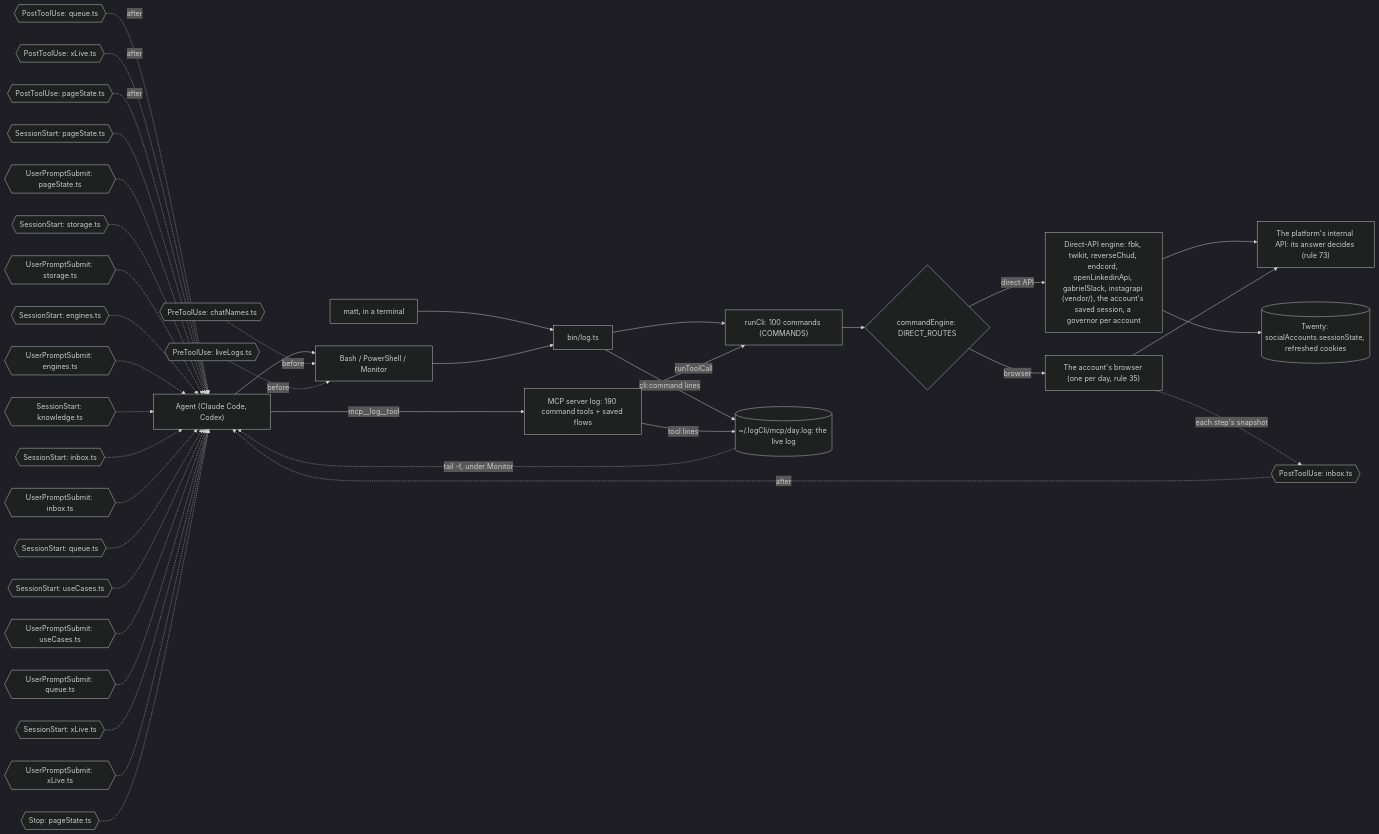
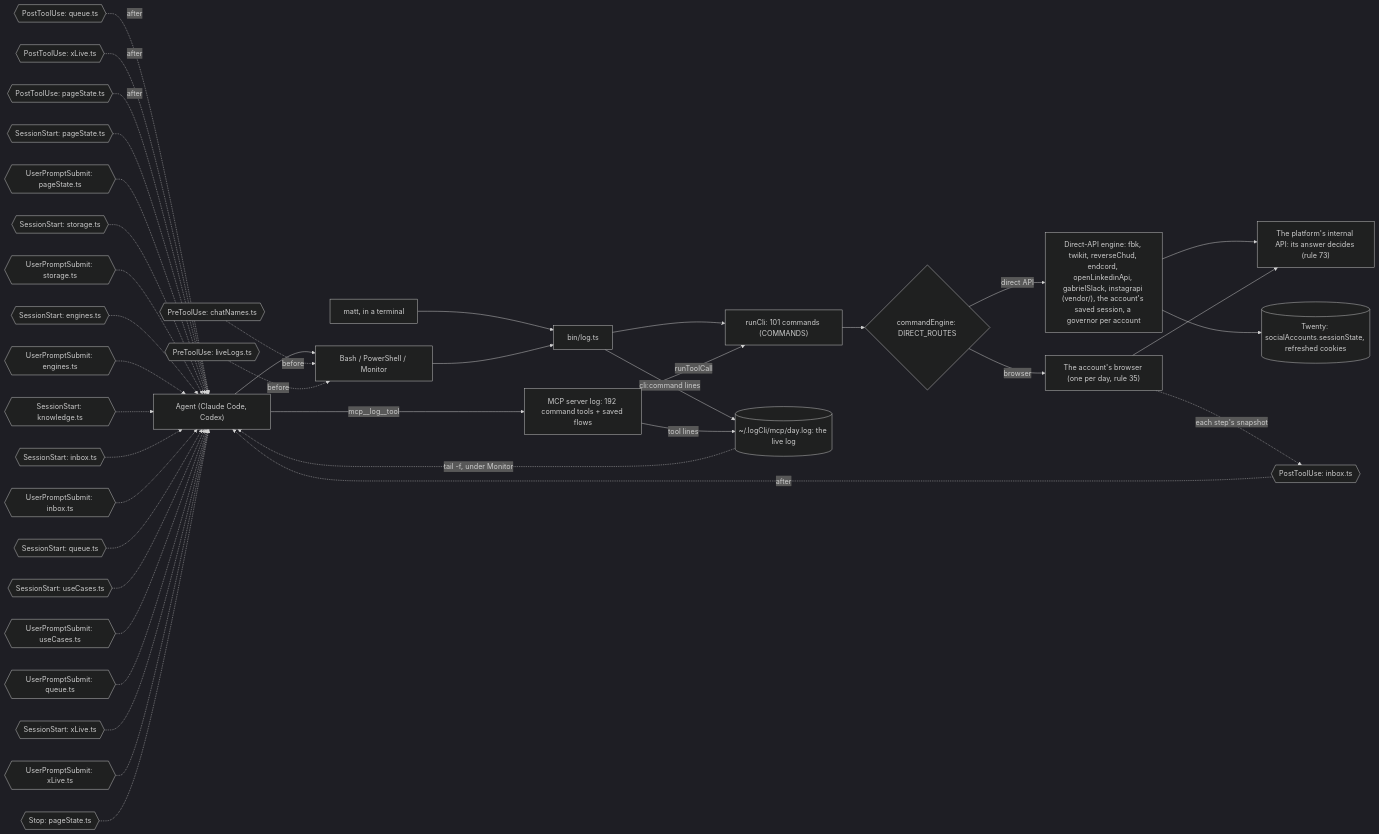
One commit to matthewdonsemail-lab/log changed the third of 6 diagrams in docs/reference.md. Above: the diagram before and after it, drawn with Mermaid (dark theme). The commit also changed other lines of this file and 70 other files, not shown here.

````diff
--- a/docs/reference.md
+++ b/docs/reference.md
@@ -191,53 +191,53 @@
 ```mermaid
 flowchart LR
   agent["Agent (Claude Code, Codex)"]
   matt["matt, in a terminal"]
   shell["Bash / PowerShell / Monitor"]
-  mcp["MCP server log: 190 command tools + saved flows"]
+  mcp["MCP server log: 192 command tools + saved flows"]
   bin["bin/log.ts"]
-  runCli["runCli: 100 commands (COMMANDS)"]
+  runCli["runCli: 101 commands (COMMANDS)"]
   live[("~/.logCli/mcp/day.log: the live log")]
   engine{"commandEngine: DIRECT_ROUTES"}
   direct["Direct-API engine: fbk, twikit, reverseChud, endcord, openLinkedinApi, gabrielSlack, instagrapi (vendor/), the account's saved session, a governor per account"]
   browser["The account's browser (one per day, rule 35)"]
   api["The platform's internal API: its answer decides (rule 73)"]
   twenty[("Twenty: socialAccounts.sessionState, refreshed cookies")]
   agent --> shell
   matt --> bin
   shell --> bin
   agent -->|mcp__log__tool| mcp
   bin --> runCli
   mcp -->|runToolCall| runCli
   runCli --> engine
   engine -->|direct API| direct
   engine -->|browser| browser
   direct --> api
   browser --> api
   direct --> twenty
   bin -->|cli:command lines| live
   mcp -->|tool lines| live
   live -.->|tail -f, under Monitor| agent
   pre0{{"PreToolUse: chatNames.ts"}} -.->|before| shell
   pre1{{"PreToolUse: liveLogs.ts"}} -.->|before| shell
   post0{{"PostToolUse: inbox.ts"}} -.->|after| agent
   post1{{"PostToolUse: queue.ts"}} -.->|after| agent
   post2{{"PostToolUse: xLive.ts"}} -.->|after| agent
   post3{{"PostToolUse: pageState.ts"}} -.->|after| agent
   turn0{{"SessionStart: pageState.ts"}} -.-> agent
   turn1{{"UserPromptSubmit: pageState.ts"}} -.-> agent
   turn2{{"SessionStart: storage.ts"}} -.-> agent
   turn3{{"UserPromptSubmit: storage.ts"}} -.-> agent
   turn4{{"SessionStart: engines.ts"}} -.-> agent
   turn5{{"UserPromptSubmit: engines.ts"}} -.-> agent
   turn6{{"SessionStart: knowledge.ts"}} -.-> agent
   turn7{{"SessionStart: inbox.ts"}} -.-> agent
   turn8{{"UserPromptSubmit: inbox.ts"}} -.-> agent
   turn9{{"SessionStart: queue.ts"}} -.-> agent
   turn10{{"SessionStart: useCases.ts"}} -.-> agent
   turn11{{"UserPromptSubmit: useCases.ts"}} -.-> agent
   turn12{{"UserPromptSubmit: queue.ts"}} -.-> agent
   turn13{{"SessionStart: xLive.ts"}} -.-> agent
   turn14{{"UserPromptSubmit: xLive.ts"}} -.-> agent
   turn15{{"Stop: pageState.ts"}} -.-> agent
   browser -.->|each step's snapshot| post0
 ```
````
